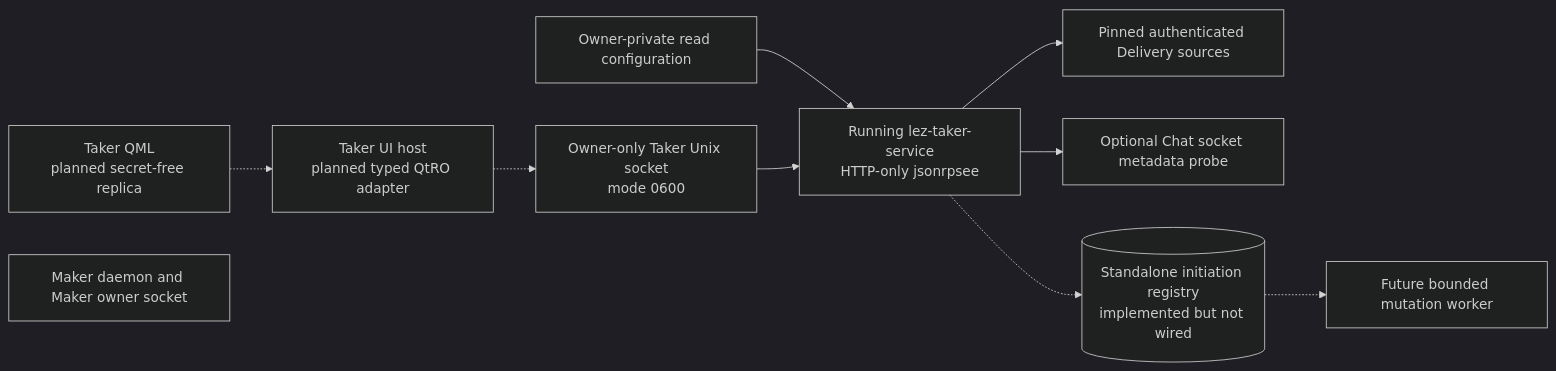
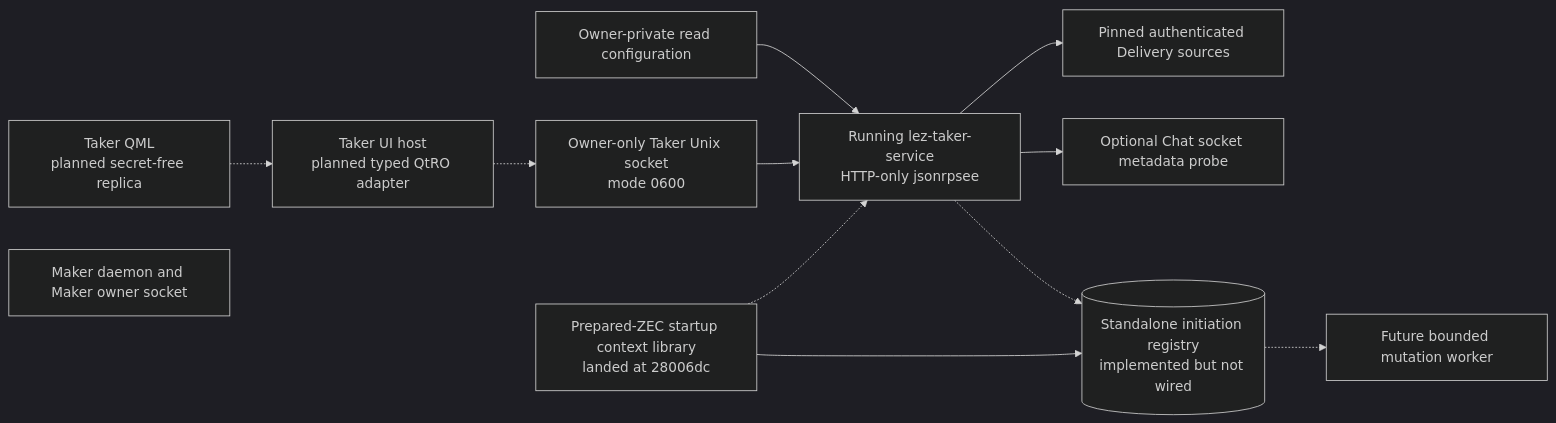
The first of 3 diagrams in docs/architecture/0131-isolate-taker-facade-on-owner-service.md (gateway-fm/lez-atomic-swaps), drawn with Mermaid (dark theme) before and after one commit. The commit also changed other lines of this file and 10 other files, not shown here.

Commit message:
docs(m6): record prepared ZEC authority boundary

````diff
--- a/docs/architecture/0131-isolate-taker-facade-on-owner-service.md
+++ b/docs/architecture/0131-isolate-taker-facade-on-owner-service.md
@@ -45,22 +50,25 @@
 ```mermaid
 flowchart LR
     Qml["Taker QML<br/>planned secret-free replica"]
     Host["Taker UI host<br/>planned typed QtRO adapter"]
     Config["Owner-private read configuration"]
     Socket["Owner-only Taker Unix socket<br/>mode 0600"]
     Service["Running lez-taker-service<br/>HTTP-only jsonrpsee"]
     Delivery["Pinned authenticated Delivery sources"]
     Chat["Optional Chat socket metadata probe"]
+    Prepared["Prepared-ZEC startup context library<br/>landed at 28006dc"]
     Registry[("Standalone initiation registry<br/>implemented but not wired")]
     Worker["Future bounded mutation worker"]
     Maker["Maker daemon and Maker owner socket"]
 
     Qml -.-> Host
     Host -.-> Socket
     Config --> Service
     Socket --> Service
     Service --> Delivery
     Service --> Chat
+    Prepared -.-> Service
+    Prepared --> Registry
     Service -.-> Registry
     Registry -.-> Worker
 ```
````
